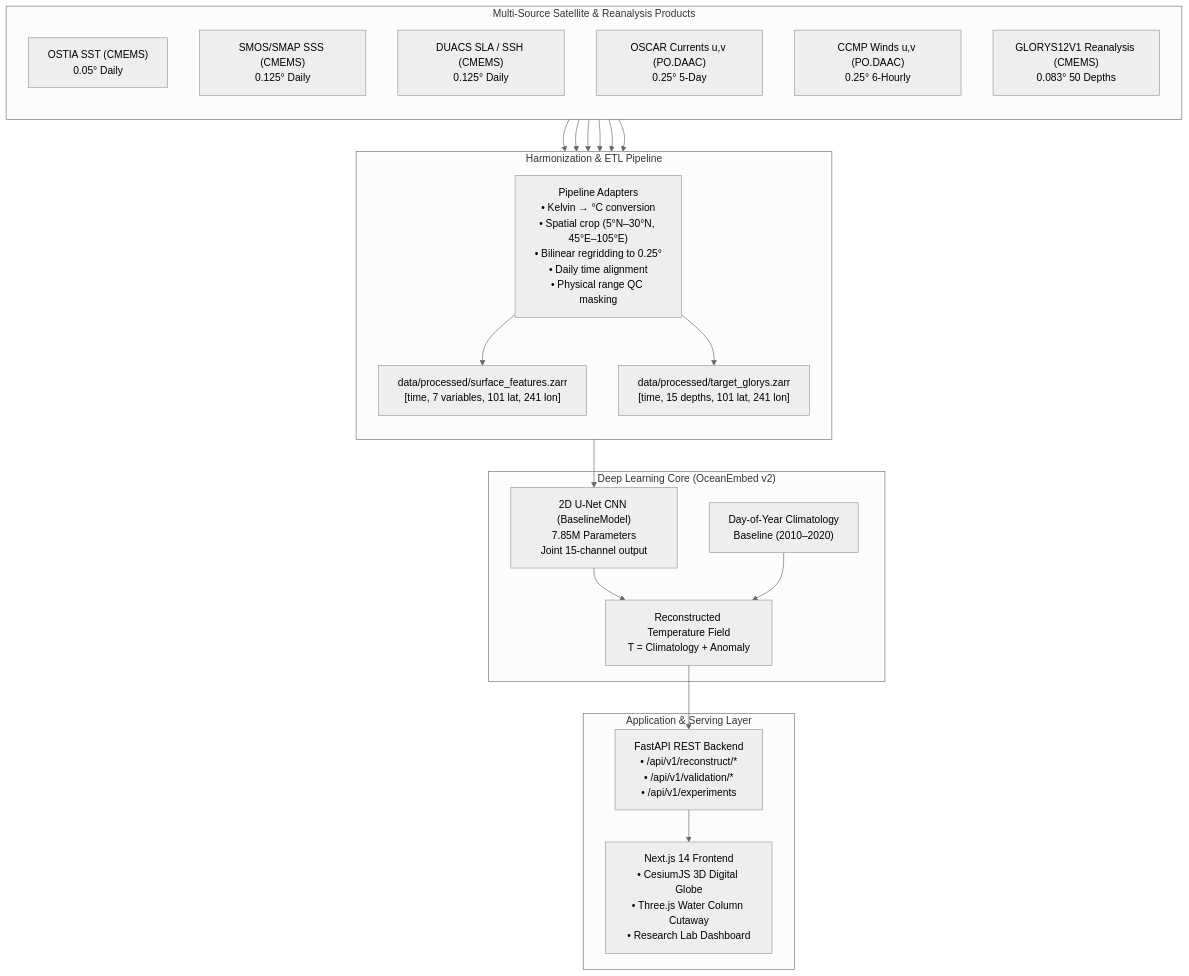
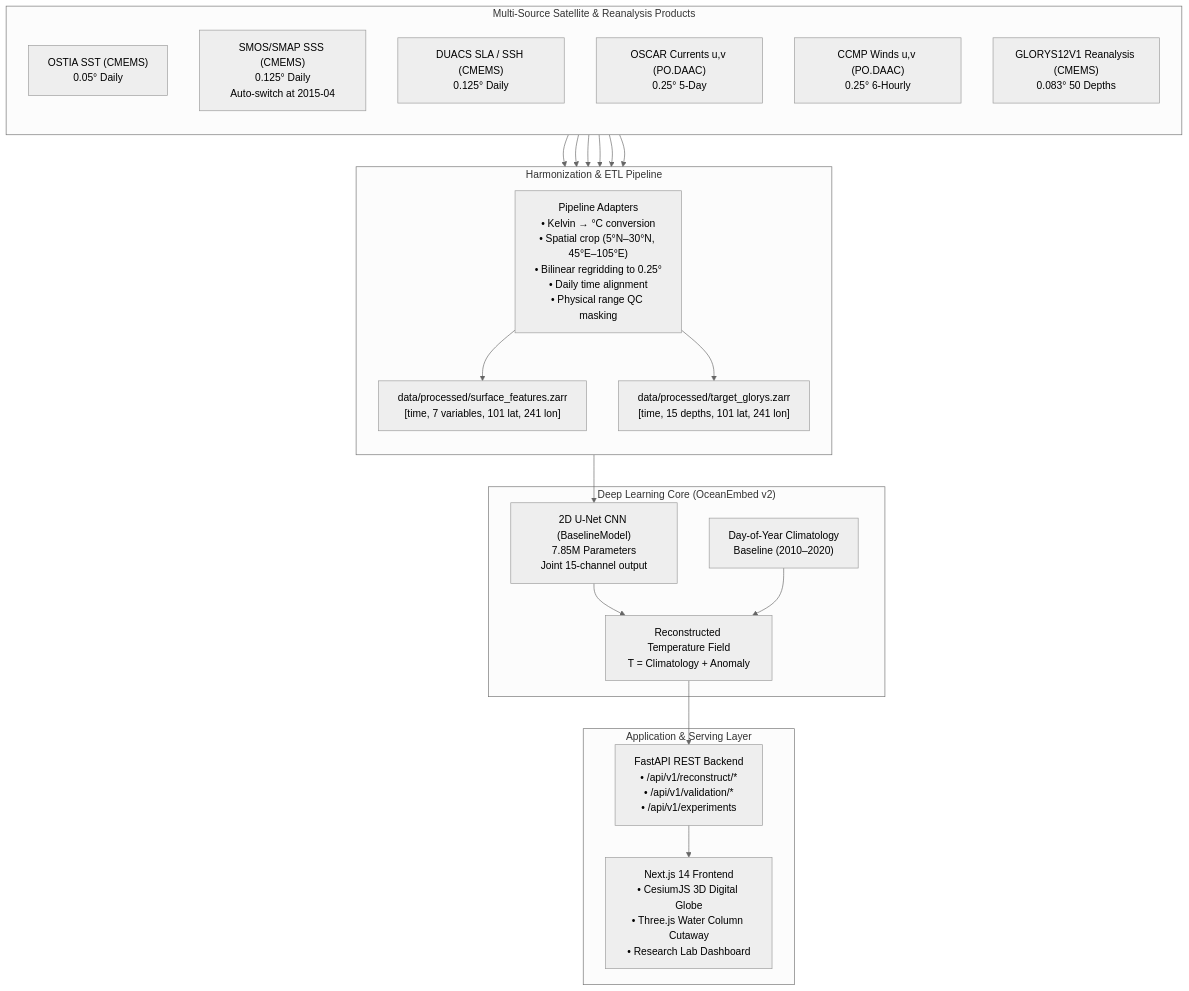
Before and after one commit to OceanEmbed-IntellAlpha/OceanEmbed: the diagram in README.md, drawn with Mermaid (neutral theme). The commit also changed other lines of this file and 5 other files, not shown here.

````diff
--- a/README.md
+++ b/README.md
@@ -35,39 +35,39 @@
 ```mermaid
 flowchart TD
     subgraph SATELLITE["Multi-Source Satellite & Reanalysis Products"]
         direction TB
         SST["OSTIA SST (CMEMS)<br/>0.05° Daily"]
-        SSS["SMOS/SMAP SSS (CMEMS)<br/>0.125° Daily"]
+        SSS["SMOS/SMAP SSS (CMEMS)<br/>0.125° Daily<br/>Auto-switch at 2015-04"]
         SSH["DUACS SLA / SSH (CMEMS)<br/>0.125° Daily"]
         CUR["OSCAR Currents u,v (PO.DAAC)<br/>0.25° 5-Day"]
         WND["CCMP Winds u,v (PO.DAAC)<br/>0.25° 6-Hourly"]
         TGT["GLORYS12V1 Reanalysis (CMEMS)<br/>0.083° 50 Depths"]
     end
 
     subgraph PIPELINE["Harmonization & ETL Pipeline"]
         direction TB
         ADAPT["Pipeline Adapters<br/>• Kelvin → °C conversion<br/>• Spatial crop (5°N–30°N, 45°E–105°E)<br/>• Bilinear regridding to 0.25°<br/>• Daily time alignment<br/>• Physical range QC masking"]
         ZARR_IN["data/processed/surface_features.zarr<br/>[time, 7 variables, 101 lat, 241 lon]"]
         ZARR_OUT["data/processed/target_glorys.zarr<br/>[time, 15 depths, 101 lat, 241 lon]"]
     end
 
     subgraph MODELING["Deep Learning Core (OceanEmbed v2)"]
         CLIM["Day-of-Year Climatology<br/>Baseline (2010–2020)"]
         UNET["2D U-Net CNN (BaselineModel)<br/>7.85M Parameters<br/>Joint 15-channel output"]
         PRED["Reconstructed Temperature Field<br/>T = Climatology + Anomaly"]
     end
 
     subgraph SERVING["Application & Serving Layer"]
         API["FastAPI REST Backend<br/>• /api/v1/reconstruct/*<br/>• /api/v1/validation/*<br/>• /api/v1/experiments"]
         FRONT["Next.js 14 Frontend<br/>• CesiumJS 3D Digital Globe<br/>• Three.js Water Column Cutaway<br/>• Research Lab Dashboard"]
     end
 
     SST & SSS & SSH & CUR & WND --> ADAPT
     TGT --> ADAPT
     ADAPT --> ZARR_IN & ZARR_OUT
     ZARR_IN --> UNET
     UNET --> PRED
     CLIM --> PRED
     PRED --> API
     API --> FRONT
 ```
````
